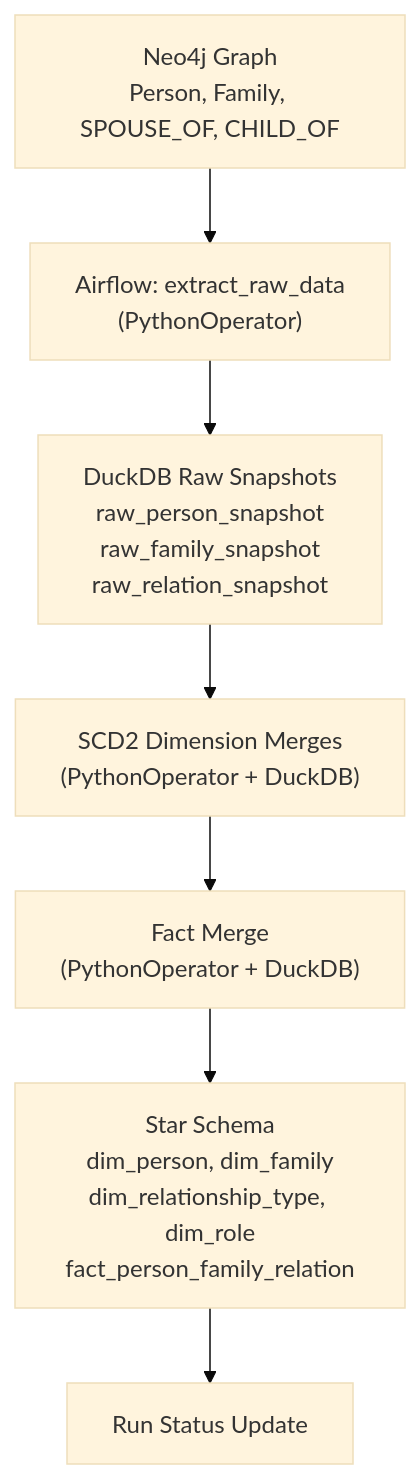
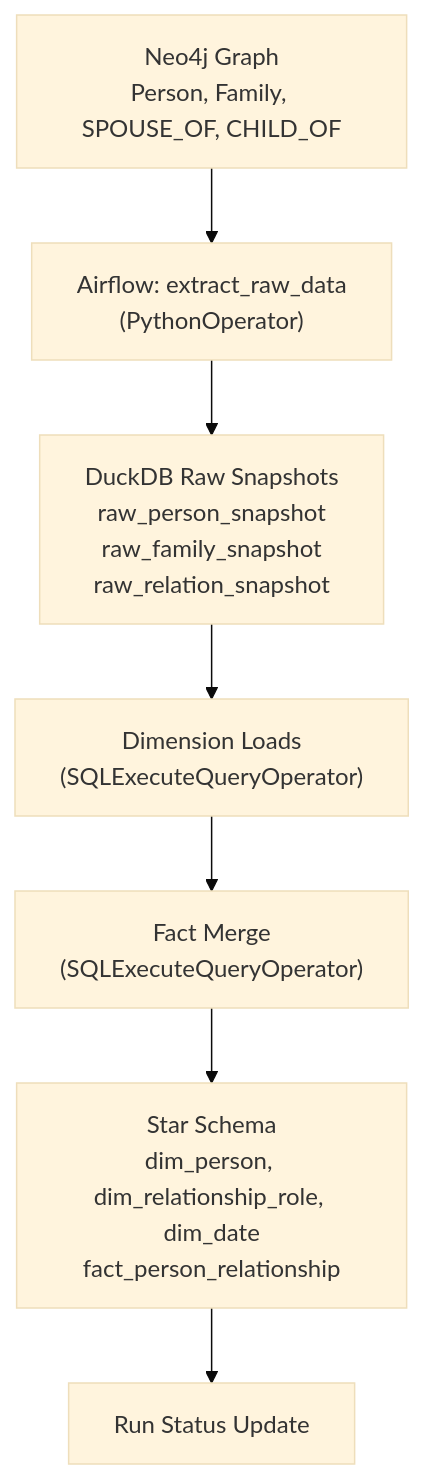
The diagram in README.md (ezAldinWaez/family-tree-warehouse), drawn with Mermaid (base theme) before and after one commit. The commit also changed other lines of this file and 15 other files, not shown here.

````diff
--- a/README.md
+++ b/README.md
@@ -17,11 +18,11 @@
 ```mermaid
 flowchart TD
   A["Neo4j Graph<br>Person, Family, SPOUSE_OF, CHILD_OF"] 
   B["Airflow: extract_raw_data<br>(PythonOperator)"]
   C["DuckDB Raw Snapshots<br>raw_person_snapshot<br>raw_family_snapshot<br>raw_relation_snapshot"]
-    D["SCD2 Dimension Merges<br>(PythonOperator + DuckDB)"]
-    E["Fact Merge<br>(PythonOperator + DuckDB)"]
-  F["Star Schema<br>dim_person, dim_family<br>dim_relationship_type, dim_role<br>fact_person_family_relation"]
+    D["Dimension Loads<br>(SQLExecuteQueryOperator)"]
+    E["Fact Merge<br>(SQLExecuteQueryOperator)"]
+  F["Star Schema<br>dim_person, dim_relationship_role, dim_date<br>fact_person_relationship"]
     G["Run Status Update"]
   A --> B --> C --> D --> E --> F --> G
 ```
````
